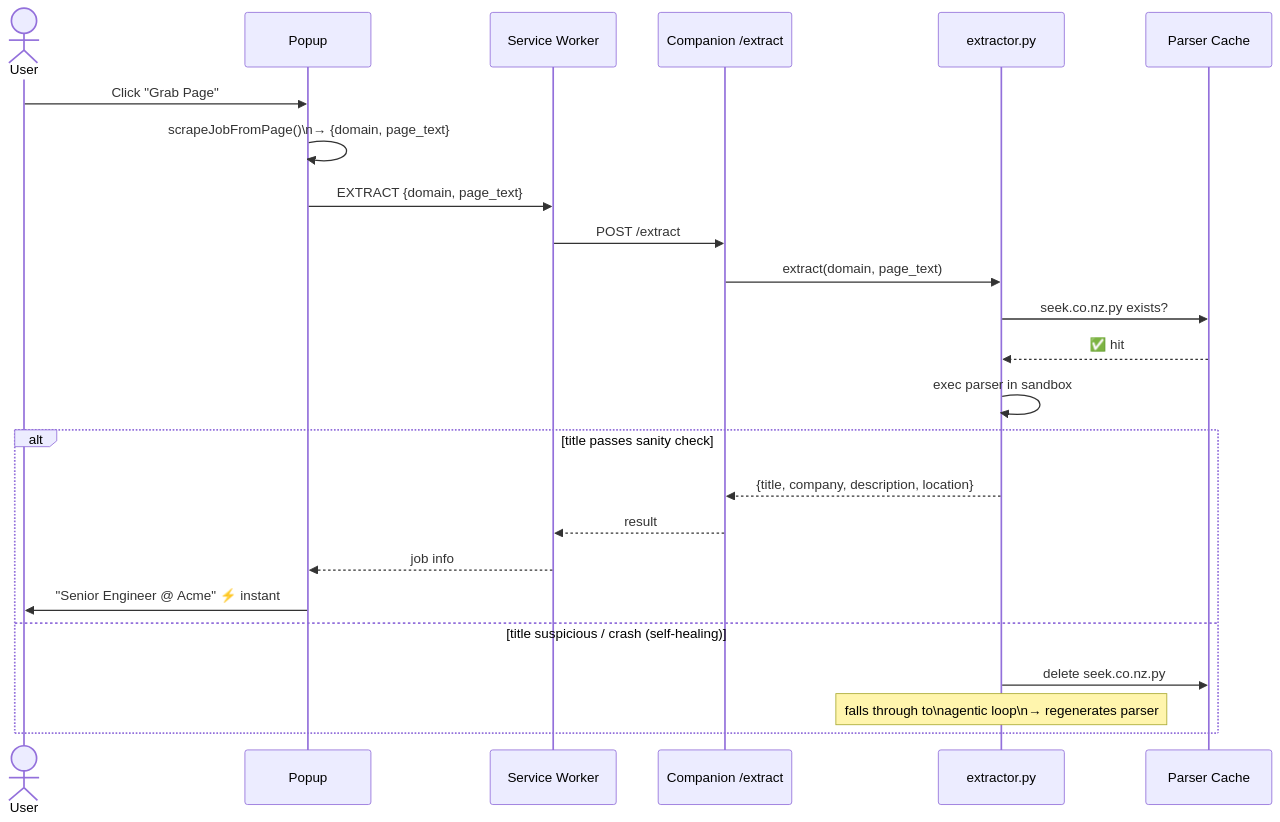
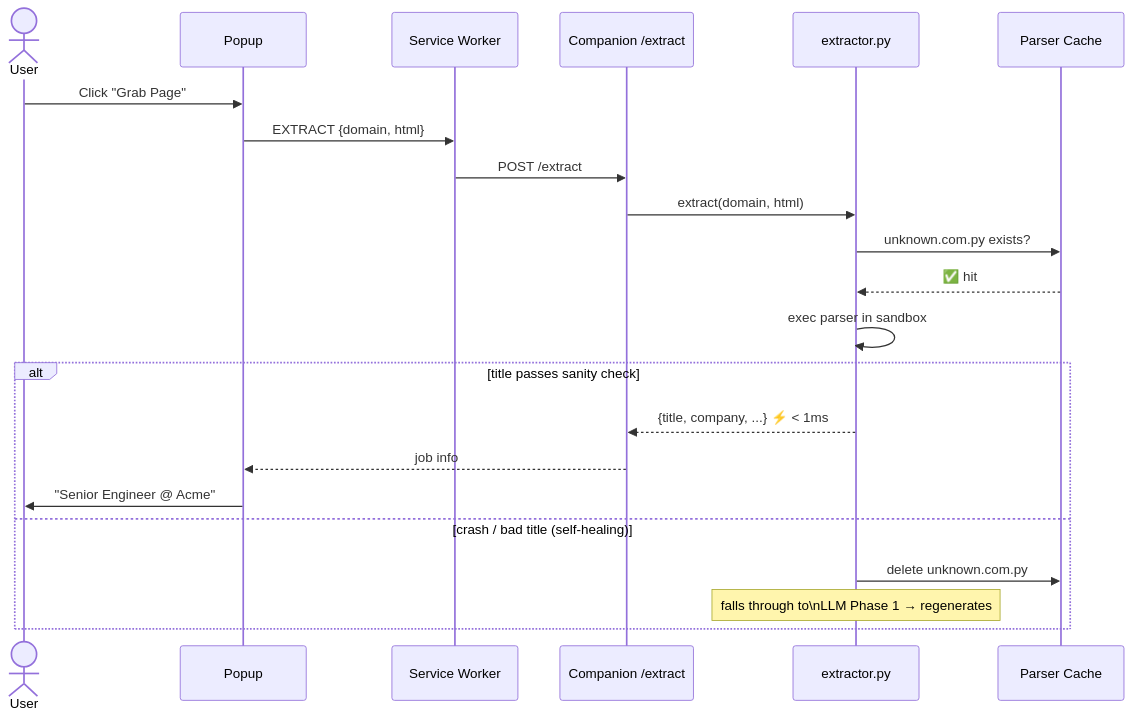
The fourth of 4 diagrams in README.md (jwongso/overhired), drawn with Mermaid before and after one commit. The commit also changed other lines of this file, not shown here.

First line of the commit message:
docs: update README and Mermaid diagrams for current architecture

````diff
--- a/README.md
+++ b/README.md
@@ -181,28 +266,26 @@
 ```mermaid
 sequenceDiagram
     actor User
     participant Popup
     participant SW as Service Worker
     participant API as Companion /extract
     participant Ext as extractor.py
     participant Cache as Parser Cache
 
     User->>Popup: Click "Grab Page"
-    Popup->>Popup: scrapeJobFromPage()\n→ {domain, page_text}
-    Popup->>SW: EXTRACT {domain, page_text}
+    Popup->>SW: EXTRACT {domain, html}
     SW->>API: POST /extract
-    API->>Ext: extract(domain, page_text)
-    Ext->>Cache: seek.co.nz.py exists?
+    API->>Ext: extract(domain, html)
+    Ext->>Cache: unknown.com.py exists?
     Cache-->>Ext: ✅ hit
 
     Ext->>Ext: exec parser in sandbox
     alt title passes sanity check
-        Ext-->>API: {title, company, description, location}
-        API-->>SW: result
-        SW-->>Popup: job info
-        Popup->>User: "Senior Engineer @ Acme" ⚡ instant
-    else title suspicious / crash (self-healing)
-        Ext->>Cache: delete seek.co.nz.py
-        Note over Ext: falls through to\nagentic loop\n→ regenerates parser
+        Ext-->>API: {title, company, ...} ⚡ < 1ms
+        API-->>Popup: job info
+        Popup->>User: "Senior Engineer @ Acme"
+    else crash / bad title (self-healing)
+        Ext->>Cache: delete unknown.com.py
+        Note over Ext: falls through to\nLLM Phase 1 → regenerates
     end
 ```
````
